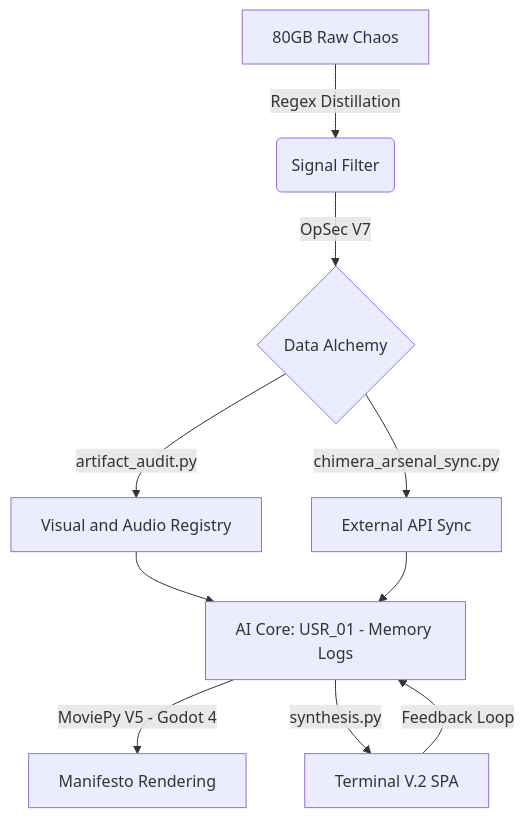
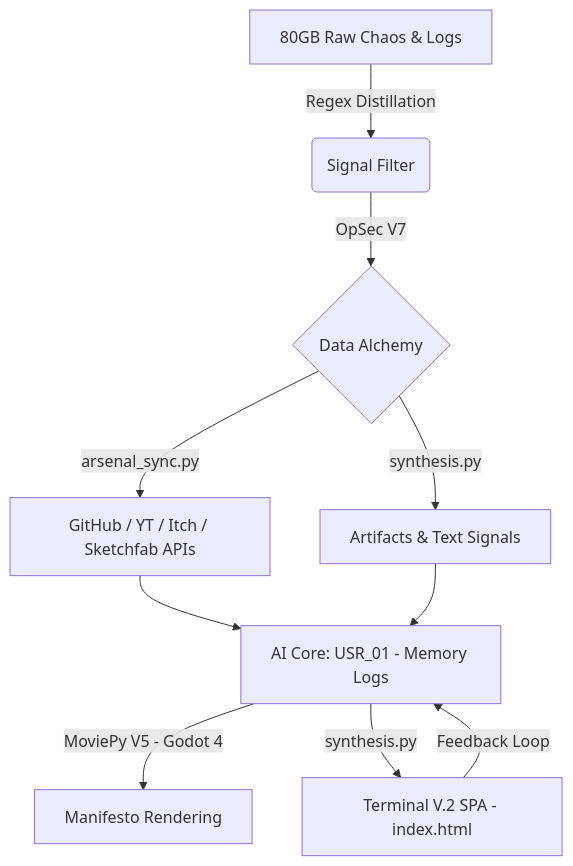
The diagram in README.md (nrocps/nrocps.github.io), drawn with Mermaid before and after one commit. The commit also changed other lines of this file, not shown here.

First line of the commit message:
Revise README for data sync and local uplink updates

````diff
--- a/README.md
+++ b/README.md
@@ -34,12 +34,12 @@
 ```mermaid
 graph TD
-    A[80GB Raw Chaos] -- "Regex Distillation" --> B(Signal Filter)
+    A[80GB Raw Chaos & Logs] -- "Regex Distillation" --> B(Signal Filter)
     B -- "OpSec V7" --> C{Data Alchemy}
-    C -- "artifact_audit.py" --> D[Visual and Audio Registry]
-    C -- "chimera_arsenal_sync.py" --> E[External API Sync]
+    C -- "arsenal_sync.py" --> D[GitHub / YT / Itch / Sketchfab APIs]
+    C -- "synthesis.py" --> E[Artifacts & Text Signals]
     D --> F[AI Core: USR_01 - Memory Logs]
     E --> F
     F -- "MoviePy V5 - Godot 4" --> G[Manifesto Rendering]
-    F -- "synthesis.py" --> H[Terminal V.2 SPA]
+    F -- "synthesis.py" --> H[Terminal V.2 SPA - index.html]
     H -- "Feedback Loop" --> F
 ```
````
